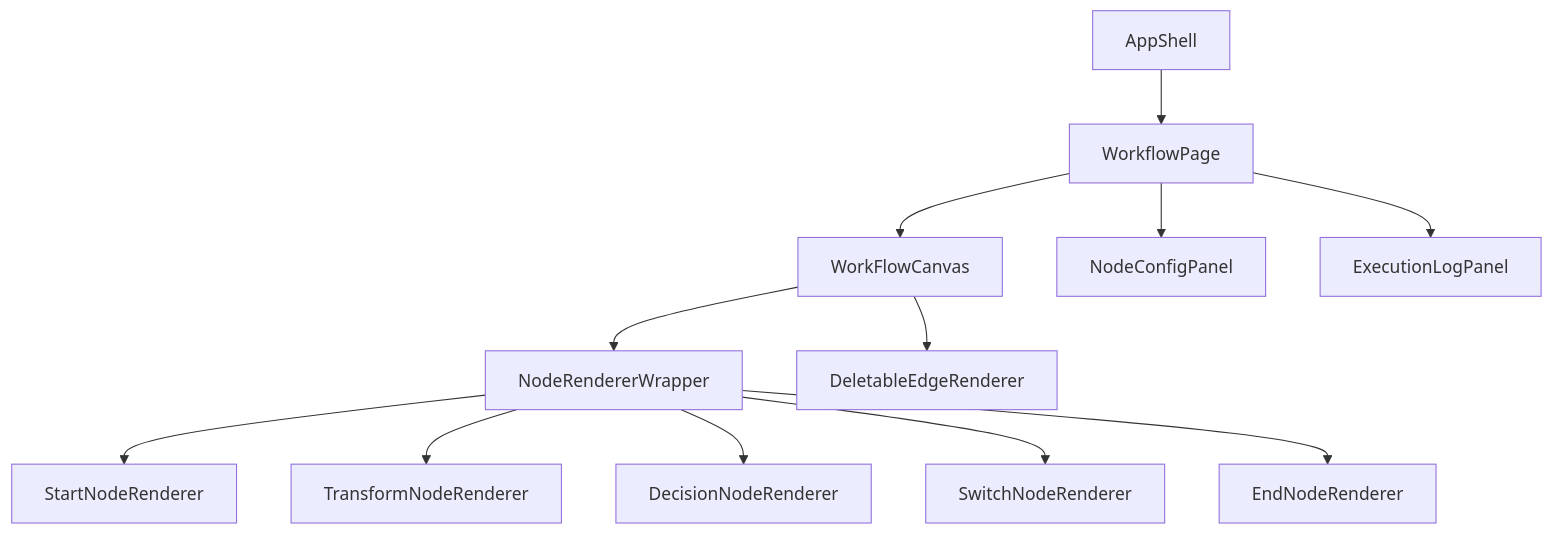
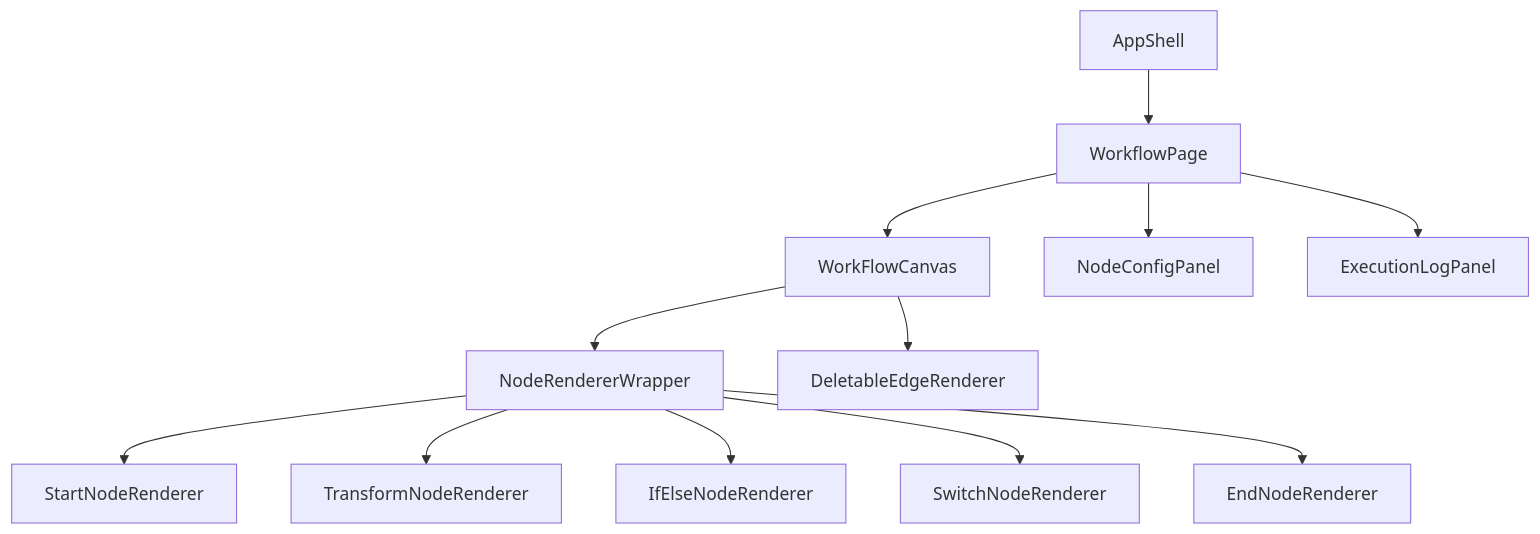
The second of 4 diagrams in README.md (ashwaniarya/visual-workflow-studio), drawn with Mermaid before and after one commit. The commit also changed other lines of this file and 21 other files, not shown here.

````diff
--- a/README.md
+++ b/README.md
@@ -130,14 +130,14 @@
 ```mermaid
 flowchart TB
   AppShell[AppShell] --> WorkflowPage[WorkflowPage]
   WorkflowPage --> WorkFlowCanvas[WorkFlowCanvas]
   WorkflowPage --> NodeConfigPanel[NodeConfigPanel]
   WorkflowPage --> ExecutionLogPanel[ExecutionLogPanel]
   WorkFlowCanvas --> NodeRendererWrapper[NodeRendererWrapper]
   NodeRendererWrapper --> StartNodeRenderer[StartNodeRenderer]
   NodeRendererWrapper --> TransformNodeRenderer[TransformNodeRenderer]
-  NodeRendererWrapper --> DecisionNodeRenderer[DecisionNodeRenderer]
+  NodeRendererWrapper --> IfElseNodeRenderer[IfElseNodeRenderer]
   NodeRendererWrapper --> SwitchNodeRenderer[SwitchNodeRenderer]
   NodeRendererWrapper --> EndNodeRenderer[EndNodeRenderer]
   WorkFlowCanvas --> DeletableEdgeRenderer[DeletableEdgeRenderer]
 ```
````
